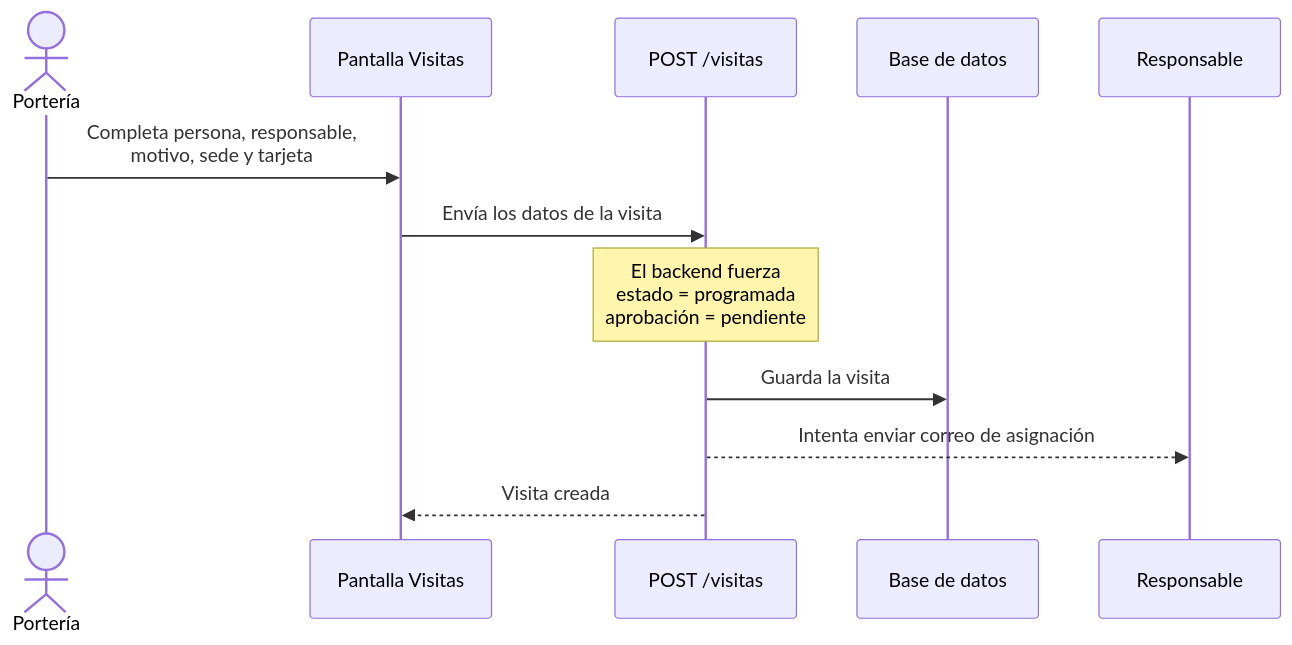
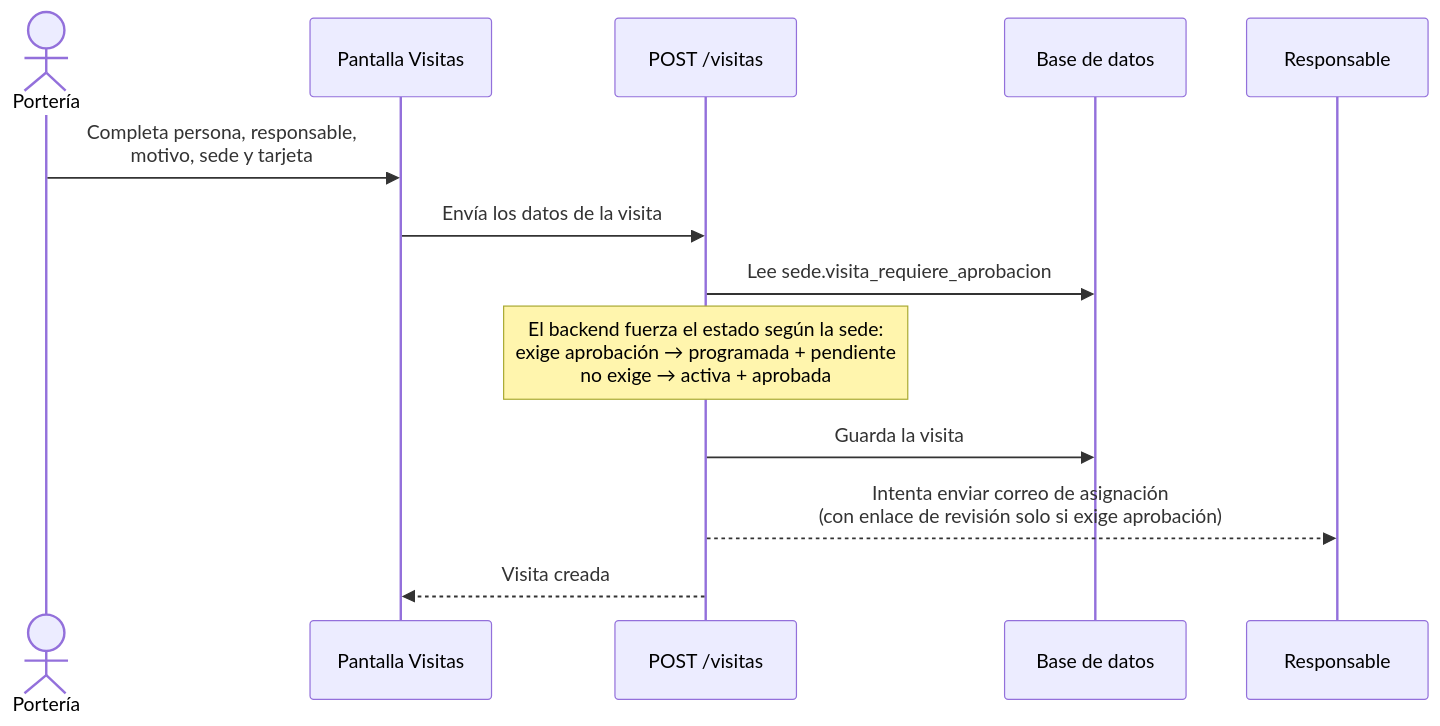
One commit to mschuf/porteria_back changed the second of 9 diagrams in documentacion/ciclo-de-vida-visitas.md. Above: the diagram before and after it, drawn with Mermaid. The commit also changed other lines of this file and 29 other files, not shown here.

First line of the commit message:
feat(visitas): agregar lógica de aprobación de visitas según sede

````diff
--- a/documentacion/ciclo-de-vida-visitas.md
+++ b/documentacion/ciclo-de-vida-visitas.md
@@ -55,15 +58,16 @@
 ```mermaid
 sequenceDiagram
     actor P as Portería
     participant UI as Pantalla Visitas
     participant API as POST /visitas
     participant DB as Base de datos
     participant R as Responsable
 
     P->>UI: Completa persona, responsable,<br/>motivo, sede y tarjeta
     UI->>API: Envía los datos de la visita
-    Note over API: El backend fuerza<br/>estado = programada<br/>aprobación = pendiente
+    API->>DB: Lee sede.visita_requiere_aprobacion
+    Note over API: El backend fuerza el estado según la sede:<br/>exige aprobación → programada + pendiente<br/>no exige → activa + aprobada
     API->>DB: Guarda la visita
-    API-->>R: Intenta enviar correo de asignación
+    API-->>R: Intenta enviar correo de asignación<br/>(con enlace de revisión solo si exige aprobación)
     API-->>UI: Visita creada
 ```
````
